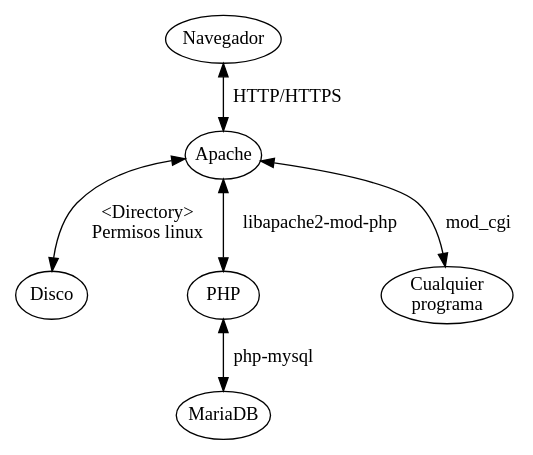
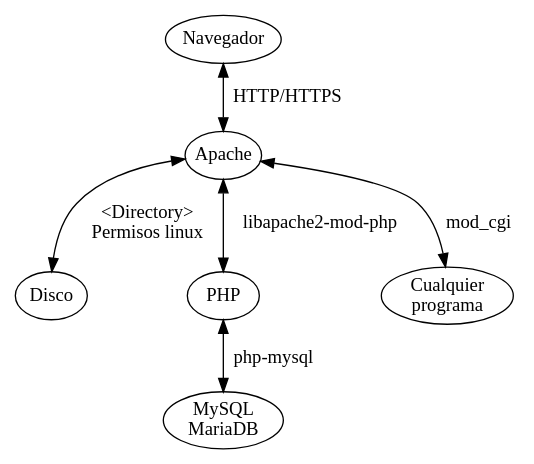
Before and after one commit to alvarogonzalezsotillo/apuntes-clase: the diagram in implantacion-aplicaciones-web-asir2/apuntes/UT01/UT01.org, drawn with Graphviz. The commit also changed other lines of this file and 5 other files, not shown here.

```diff
--- a/implantacion-aplicaciones-web-asir2/apuntes/UT01/UT01.org
+++ b/implantacion-aplicaciones-web-asir2/apuntes/UT01/UT01.org
@@ -226,18 +232,18 @@
 #+BEGIN_SRC dot :file ./media/tareas-en-la-practica.png :exports results :cmd dot :cmdline -T png
 digraph {
   compound=true
   label=""
   node [shape="ellipse",margin=0];
   edge [dir="both"];
   rankdir=TD;
 
 
   "Navegador" -> "Apache" [label="HTTP/HTTPS"]
   "Apache" -> "Disco" [label="<Directory>\nPermisos linux"]
   "Apache" -> "PHP" [label="libapache2-mod-php"]
-  "PHP" -> "MariaDB" [label="php-mysql"]
+  "PHP" -> "MySQL\nMariaDB" [label="php-mysql"]
   "Apache" -> "Cualquier\nprograma" [label="mod_cgi"]
                 
 }
 
 #+end_src
```
